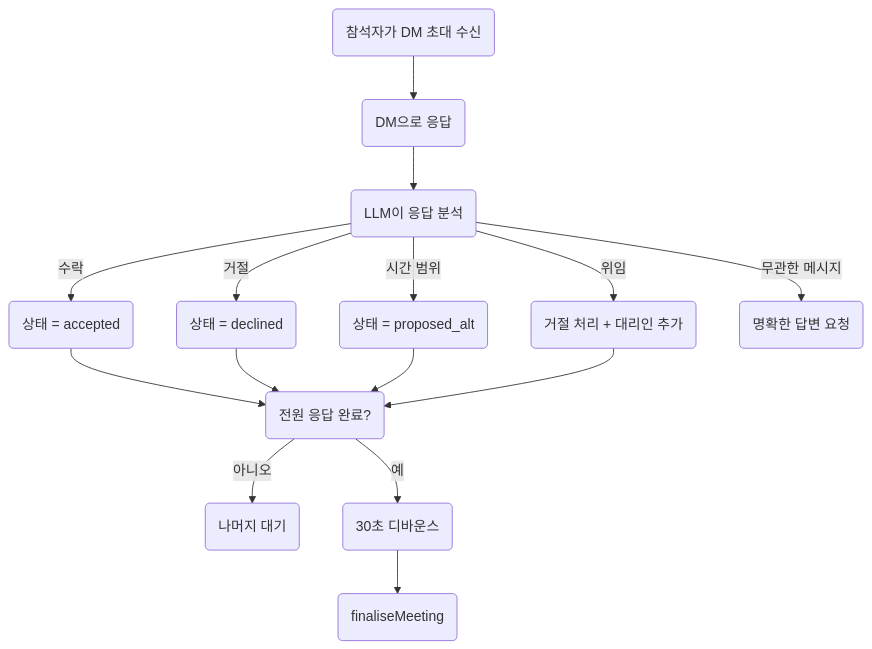
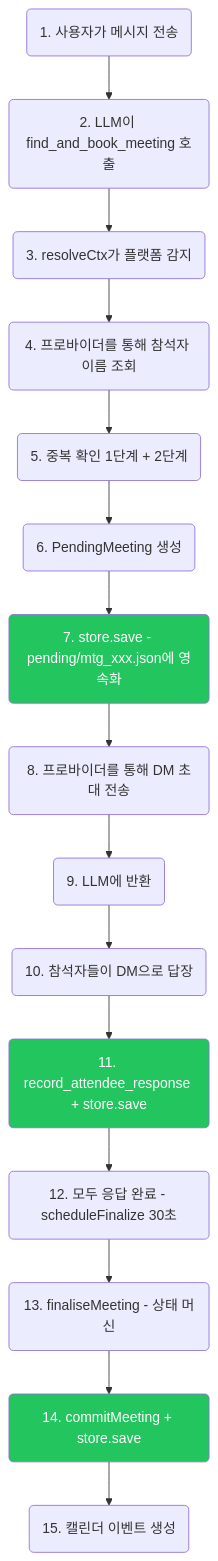
Before and after one commit to javana3/claw_meeting_all: the ninth of 13 diagrams in README.ko.md, drawn with Mermaid. The commit also changed other lines of this file and 4 other files, not shown here.

First line of the commit message:
docs: rewrite all 5 READMEs with detailed Plugin/Skill flow + diff

````diff
--- a/README.ko.md
+++ b/README.ko.md
@@ -133,19 +290,22 @@
 ```mermaid
 graph TD
-    A(참석자가 DM 초대 수신) --> B(DM으로 응답)
-    B --> C(LLM이 응답 분석)
-    C -->|수락| D(상태 = accepted)
-    C -->|거절| E(상태 = declined)
-    C -->|시간 범위| F(상태 = proposed_alt)
-    C -->|위임| G(거절 처리 + 대리인 추가)
-    C -->|무관한 메시지| H(명확한 답변 요청)
+    A(1. 사용자가 메시지 전송) --> B(2. LLM이 find_and_book_meeting 호출)
+    B --> C(3. resolveCtx가 플랫폼 감지)
+    C --> D(4. 프로바이더를 통해 참석자 이름 조회)
+    D --> E(5. 중복 확인 1단계 + 2단계)
+    E --> F(6. PendingMeeting 생성)
+    F --> G(7. store.save - pending/mtg_xxx.json에 영속화)
+    G --> H(8. 프로바이더를 통해 DM 초대 전송)
+    H --> I(9. LLM에 반환)
 
-    D --> I(전원 응답 완료?)
-    E --> I
-    F --> I
-    G --> I
+    I --> J(10. 참석자들이 DM으로 답장)
+    J --> K(11. record_attendee_response + store.save)
+    K --> L(12. 모두 응답 완료 - scheduleFinalize 30초)
+    L --> M(13. finaliseMeeting - 상태 머신)
+    M --> N(14. commitMeeting + store.save)
+    N --> O(15. 캘린더 이벤트 생성)
 
-    I -->|아니오| J(나머지 대기)
-    I -->|예| K(30초 디바운스)
-    K --> L(finaliseMeeting)
+    style G fill:#22c55e,color:#fff
+    style K fill:#22c55e,color:#fff
+    style N fill:#22c55e,color:#fff
 ```
````
